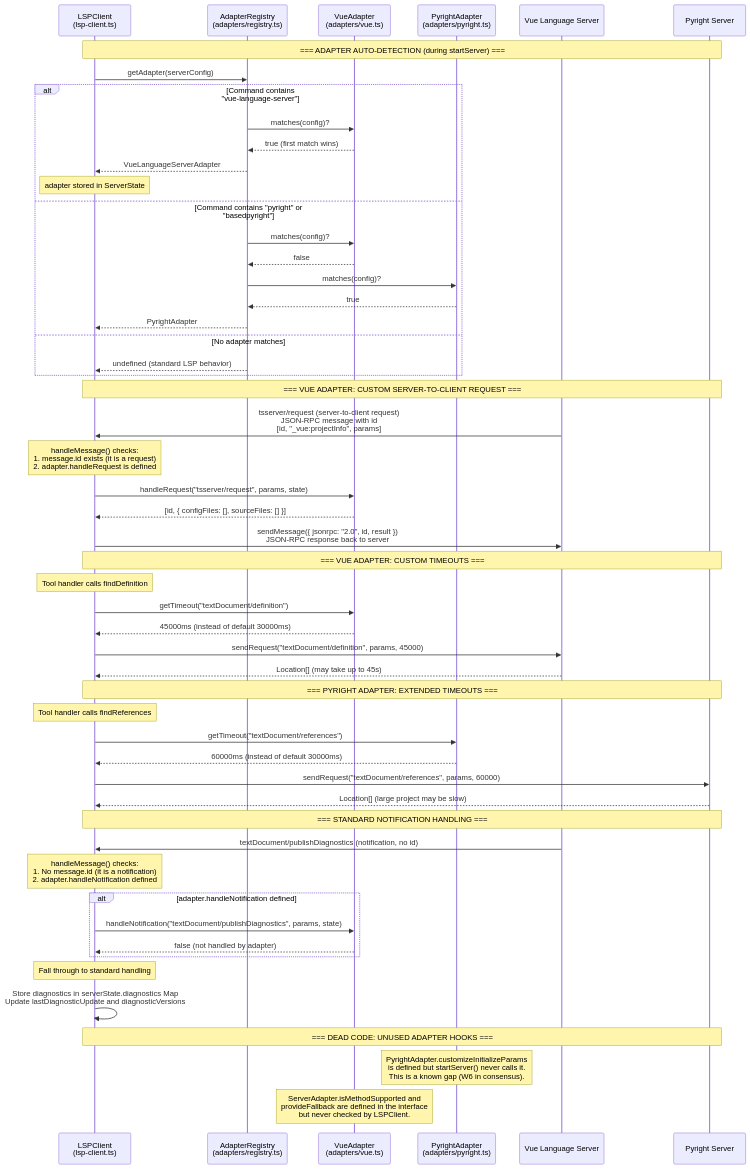
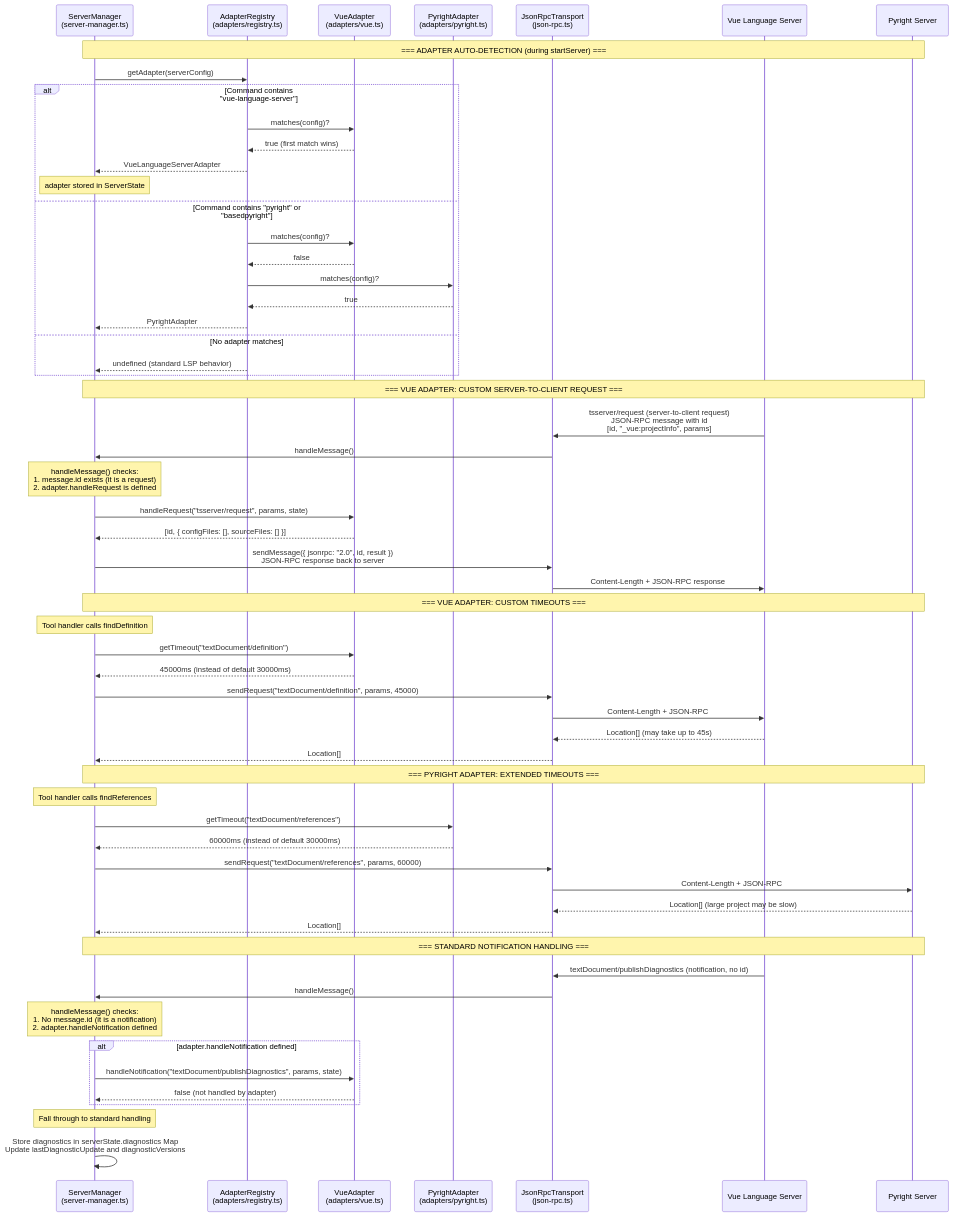
The diagram in docs/sequence-adapter-integration.mmd (ktnyt/cclsp), drawn with Mermaid before and after one commit. The commit also changed 3 other files, not shown here.

First line of the commit message:
docs(P2-I): update architecture and sequence diagrams for post-refactor

```diff
--- a/docs/sequence-adapter-integration.mmd
+++ b/docs/sequence-adapter-integration.mmd
@@ -1,77 +1,81 @@
-%% Sequence Diagram: Adapter Integration (CURRENT ARCHITECTURE)
+%% Sequence Diagram: Adapter Integration (POST-REFACTOR)
 %%
 %% Shows how the adapter system handles non-standard LSP server behavior,
 %% using the Vue Language Server adapter as the primary example.
-%% Adapter detection and dispatch happens within LSPClient (lsp-client.ts).
+%% Adapter detection happens in ServerManager (src/lsp/server-manager.ts).
+%% Adapter types (ServerAdapter interface, ServerState) live in src/lsp/types.ts.
 
 sequenceDiagram
-    participant LC as LSPClient<br/>(lsp-client.ts)
+    participant SM as ServerManager<br/>(server-manager.ts)
     participant AR as AdapterRegistry<br/>(adapters/registry.ts)
     participant VA as VueAdapter<br/>(adapters/vue.ts)
     participant PA as PyrightAdapter<br/>(adapters/pyright.ts)
+    participant TR as JsonRpcTransport<br/>(json-rpc.ts)
     participant VS as Vue Language Server
     participant PS as Pyright Server
 
-    Note over LC,PS: === ADAPTER AUTO-DETECTION (during startServer) ===
+    Note over SM,PS: === ADAPTER AUTO-DETECTION (during startServer) ===
 
-    LC->>AR: getAdapter(serverConfig)
+    SM->>AR: getAdapter(serverConfig)
 
     alt Command contains "vue-language-server"
         AR->>VA: matches(config)?
         VA-->>AR: true (first match wins)
-        AR-->>LC: VueLanguageServerAdapter
-        Note over LC: adapter stored in ServerState
+        AR-->>SM: VueLanguageServerAdapter
+        Note over SM: adapter stored in ServerState
     else Command contains "pyright" or "basedpyright"
         AR->>VA: matches(config)?
         VA-->>AR: false
         AR->>PA: matches(config)?
         PA-->>AR: true
-        AR-->>LC: PyrightAdapter
+        AR-->>SM: PyrightAdapter
     else No adapter matches
-        AR-->>LC: undefined (standard LSP behavior)
+        AR-->>SM: undefined (standard LSP behavior)
     end
 
-    Note over LC,PS: === VUE ADAPTER: CUSTOM SERVER-TO-CLIENT REQUEST ===
+    Note over SM,PS: === VUE ADAPTER: CUSTOM SERVER-TO-CLIENT REQUEST ===
 
-    VS->>LC: tsserver/request (server-to-client request)<br/>JSON-RPC message with id<br/>[id, "_vue:projectInfo", params]
+    VS->>TR: tsserver/request (server-to-client request)<br/>JSON-RPC message with id<br/>[id, "_vue:projectInfo", params]
+    TR->>SM: handleMessage()
 
-    Note over LC: handleMessage() checks:<br/>1. message.id exists (it is a request)<br/>2. adapter.handleRequest is defined
+    Note over SM: handleMessage() checks:<br/>1. message.id exists (it is a request)<br/>2. adapter.handleRequest is defined
 
-    LC->>VA: handleRequest("tsserver/request", params, state)
-    VA-->>LC: [id, { configFiles: [], sourceFiles: [] }]
-    LC->>VS: sendMessage({ jsonrpc: "2.0", id, result })<br/>JSON-RPC response back to server
+    SM->>VA: handleRequest("tsserver/request", params, state)
+    VA-->>SM: [id, { configFiles: [], sourceFiles: [] }]
+    SM->>TR: sendMessage({ jsonrpc: "2.0", id, result })<br/>JSON-RPC response back to server
+    TR->>VS: Content-Length + JSON-RPC response
 
-    Note over LC,PS: === VUE ADAPTER: CUSTOM TIMEOUTS ===
+    Note over SM,PS: === VUE ADAPTER: CUSTOM TIMEOUTS ===
 
-    Note over LC: Tool handler calls findDefinition
-    LC->>VA: getTimeout("textDocument/definition")
-    VA-->>LC: 45000ms (instead of default 30000ms)
-    LC->>VS: sendRequest("textDocument/definition", params, 45000)
-    VS-->>LC: Location[] (may take up to 45s)
+    Note over SM: Tool handler calls findDefinition
+    SM->>VA: getTimeout("textDocument/definition")
+    VA-->>SM: 45000ms (instead of default 30000ms)
+    SM->>TR: sendRequest("textDocument/definition", params, 45000)
+    TR->>VS: Content-Length + JSON-RPC
+    VS-->>TR: Location[] (may take up to 45s)
+    TR-->>SM: Location[]
 
-    Note over LC,PS: === PYRIGHT ADAPTER: EXTENDED TIMEOUTS ===
+    Note over SM,PS: === PYRIGHT ADAPTER: EXTENDED TIMEOUTS ===
 
-    Note over LC: Tool handler calls findReferences
-    LC->>PA: getTimeout("textDocument/references")
-    PA-->>LC: 60000ms (instead of default 30000ms)
-    LC->>PS: sendRequest("textDocument/references", params, 60000)
-    PS-->>LC: Location[] (large project may be slow)
+    Note over SM: Tool handler calls findReferences
+    SM->>PA: getTimeout("textDocument/references")
+    PA-->>SM: 60000ms (instead of default 30000ms)
+    SM->>TR: sendRequest("textDocument/references", params, 60000)
+    TR->>PS: Content-Length + JSON-RPC
+    PS-->>TR: Location[] (large project may be slow)
+    TR-->>SM: Location[]
 
-    Note over LC,PS: === STANDARD NOTIFICATION HANDLING ===
+    Note over SM,PS: === STANDARD NOTIFICATION HANDLING ===
 
-    VS->>LC: textDocument/publishDiagnostics (notification, no id)
+    VS->>TR: textDocument/publishDiagnostics (notification, no id)
+    TR->>SM: handleMessage()
 
-    Note over LC: handleMessage() checks:<br/>1. No message.id (it is a notification)<br/>2. adapter.handleNotification defined
+    Note over SM: handleMessage() checks:<br/>1. No message.id (it is a notification)<br/>2. adapter.handleNotification defined
 
     alt adapter.handleNotification defined
-        LC->>VA: handleNotification("textDocument/publishDiagnostics", params, state)
-        VA-->>LC: false (not handled by adapter)
+        SM->>VA: handleNotification("textDocument/publishDiagnostics", params, state)
+        VA-->>SM: false (not handled by adapter)
     end
 
-    Note over LC: Fall through to standard handling
-    LC->>LC: Store diagnostics in serverState.diagnostics Map<br/>Update lastDiagnosticUpdate and diagnosticVersions
-
-    Note over LC,PS: === DEAD CODE: UNUSED ADAPTER HOOKS ===
-
-    Note over PA: PyrightAdapter.customizeInitializeParams<br/>is defined but startServer() never calls it.<br/>This is a known gap (W6 in consensus).
-    Note over VA: ServerAdapter.isMethodSupported and<br/>provideFallback are defined in the interface<br/>but never checked by LSPClient.
+    Note over SM: Fall through to standard handling
+    SM->>SM: Store diagnostics in serverState.diagnostics Map<br/>Update lastDiagnosticUpdate and diagnosticVersions
```
